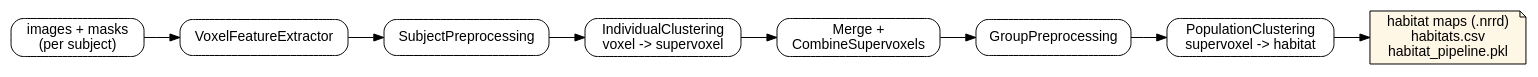
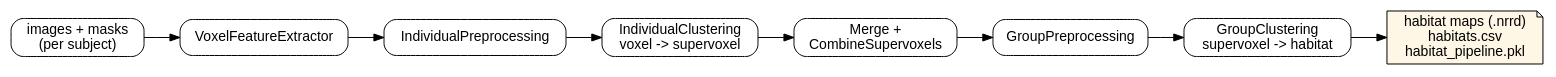
One commit to lichao312214129/HABIT changed the third of 4 diagrams in docs/source/development/architecture.rst. Above: the diagram before and after it, drawn with Graphviz. The commit also changed other lines of this file and 22 other files, not shown here.

```diff
--- a/docs/source/development/architecture.rst
+++ b/docs/source/development/architecture.rst
@@ -367,18 +367,18 @@
 .. graphviz::
 
    digraph fit_flow {
        rankdir=LR;
        node [shape=box, style=rounded, fontname="Helvetica"];
 
        Imgs [label="images + masks\n(per subject)"];
        VF [label="VoxelFeatureExtractor"];
-       SP [label="SubjectPreprocessing"];
+       SP [label="IndividualPreprocessing"];
        IC [label="IndividualClustering\nvoxel -> supervoxel"];
        SA [label="Merge +\nCombineSupervoxels"];
        GP [label="GroupPreprocessing"];
-       PC [label="PopulationClustering\nsupervoxel -> habitat"];
+       PC [label="GroupClustering\nsupervoxel -> habitat"];
        Out [label="habitat maps (.nrrd)\nhabitats.csv\nhabitat_pipeline.pkl",
             shape=note, fillcolor="#fff7e6", style="filled,rounded"];
 
        Imgs -> VF -> SP -> IC -> SA -> GP -> PC -> Out;
    }
```
